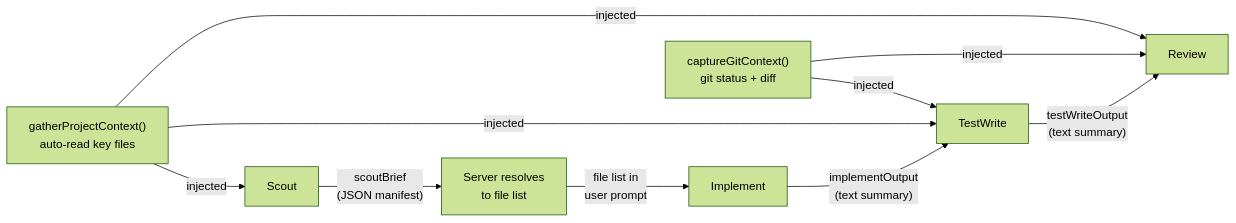
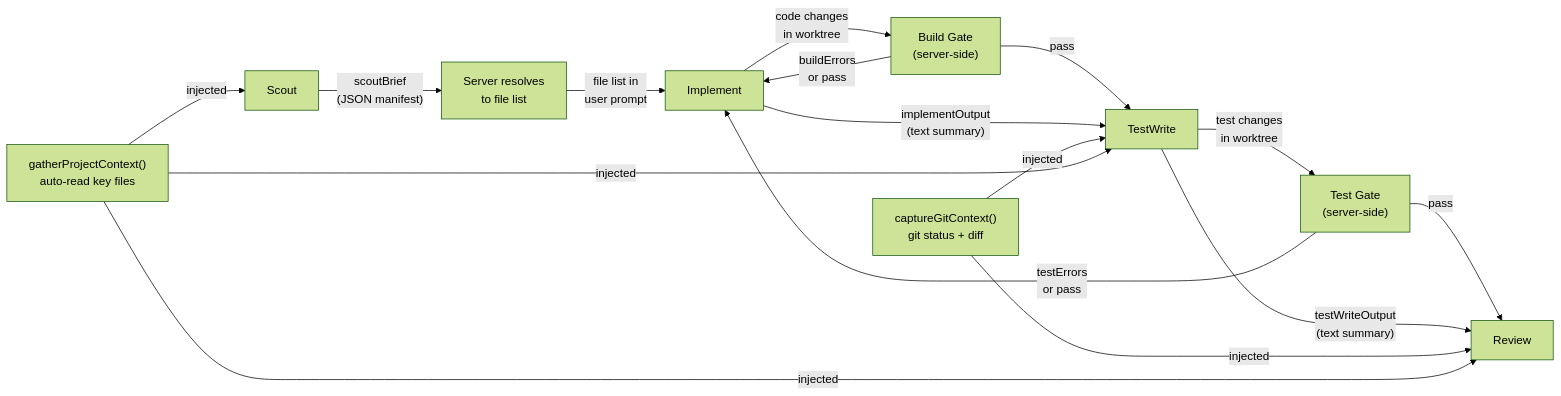
Before and after one commit to reffdev/auto-swe: the fourth of 6 diagrams in docs/architecture/08-agent-harness.md, drawn with Mermaid (forest theme). The commit also changed other lines of this file and 7 other files, not shown here.

````diff
--- a/docs/architecture/08-agent-harness.md
+++ b/docs/architecture/08-agent-harness.md
@@ -162,13 +139,19 @@
 ```mermaid
 graph LR
     Scout -->|"scoutBrief\n(JSON manifest)"| Resolve["Server resolves\nto file list"]
     Resolve -->|"file list in\nuser prompt"| Implement
+    Implement -->|"code changes\nin worktree"| BuildGate["Build Gate\n(server-side)"]
+    BuildGate -->|"buildErrors\nor pass"| Implement
+    BuildGate -->|pass| TestWrite
     Implement -->|"implementOutput\n(text summary)"| TestWrite
+    TestWrite -->|"test changes\nin worktree"| TestGate["Test Gate\n(server-side)"]
+    TestGate -->|"testErrors\nor pass"| Implement
+    TestGate -->|pass| Review
     TestWrite -->|"testWriteOutput\n(text summary)"| Review
 
     GitContext["captureGitContext()\ngit status + diff"] -->|injected| TestWrite
     GitContext -->|injected| Review
     ProjectContext["gatherProjectContext()\nauto-read key files"] -->|injected| Scout
     ProjectContext -->|injected| TestWrite
     ProjectContext -->|injected| Review
 ```
````
